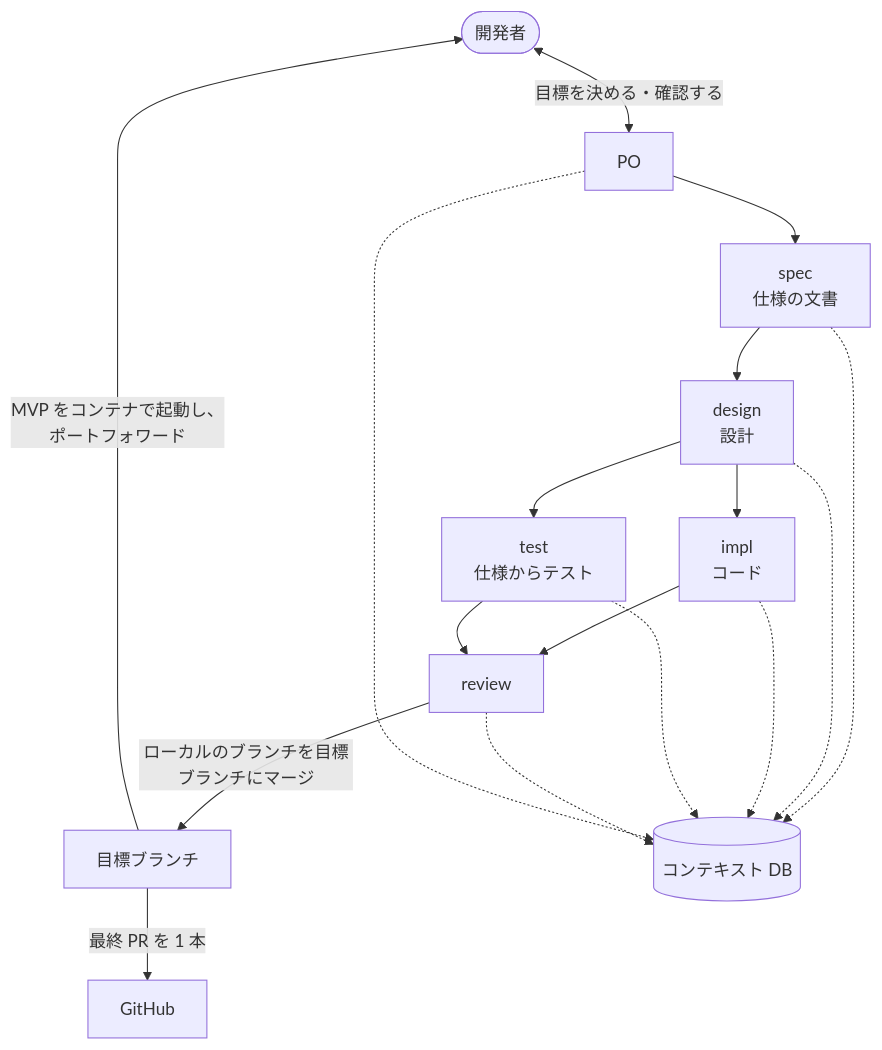
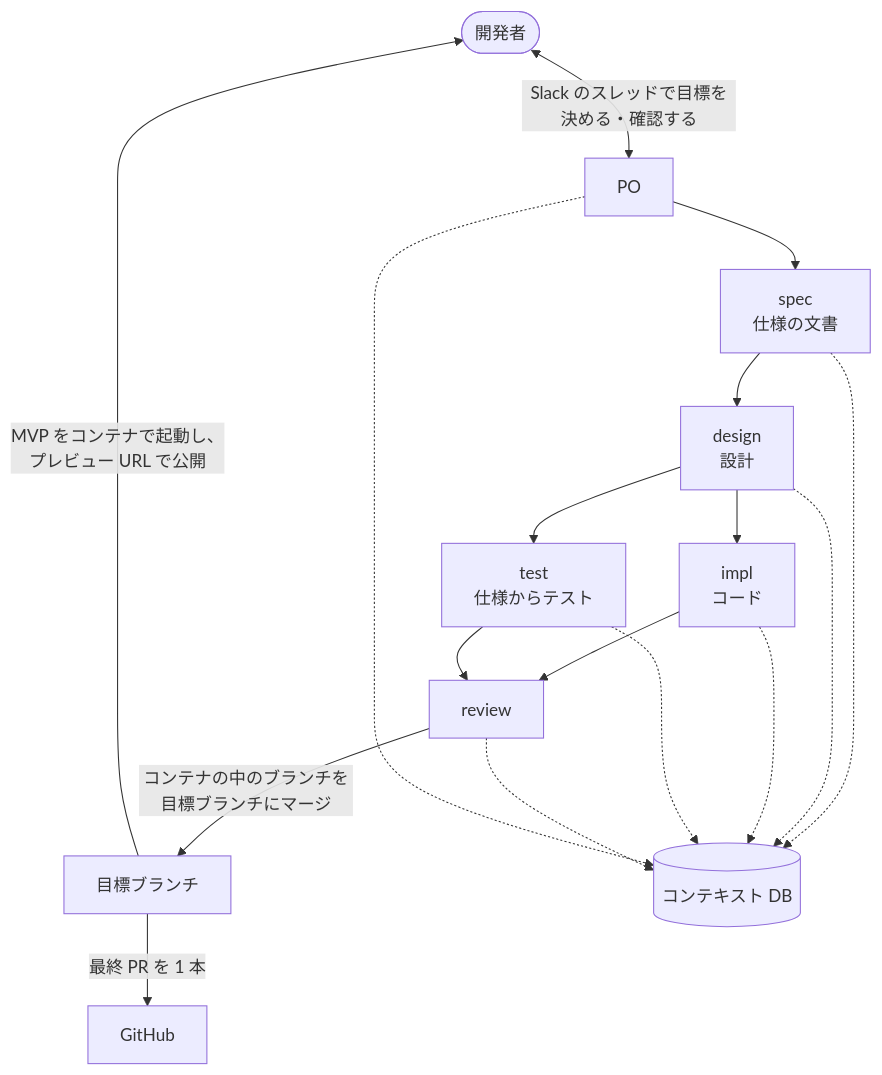
The third of 3 diagrams in docs/architecture.md (Hol1kgmg/pi-agent-filed), drawn with Mermaid before and after one commit. The commit also changed other lines of this file and 19 other files, not shown here.

````diff
--- a/docs/architecture.md
+++ b/docs/architecture.md
@@ -136,20 +135,20 @@
 ```mermaid
 flowchart TB
-  dev(["開発者"]) <-->|"目標を決める・確認する"| po["PO"]
+  dev(["開発者"]) <-->|"Slack のスレッドで目標を決める・確認する"| po["PO"]
   po --> spec["spec<br/>仕様の文書"]
   spec --> design["design<br/>設計"]
   design --> impl["impl<br/>コード"]
   design --> test["test<br/>仕様からテスト"]
   impl --> review["review"]
   test --> review
-  review -->|"ローカルのブランチを目標ブランチにマージ"| goalbr["目標ブランチ"]
-  goalbr -->|"MVP をコンテナで起動し、ポートフォワード"| dev
+  review -->|"コンテナの中のブランチを目標ブランチにマージ"| goalbr["目標ブランチ"]
+  goalbr -->|"MVP をコンテナで起動し、プレビュー URL で公開"| dev
   goalbr -->|"最終 PR を 1 本"| gh["GitHub"]
   ctx[("コンテキスト DB")]
   spec -.-> ctx
   design -.-> ctx
   impl -.-> ctx
   test -.-> ctx
   review -.-> ctx
   po -.-> ctx
 ```
````
